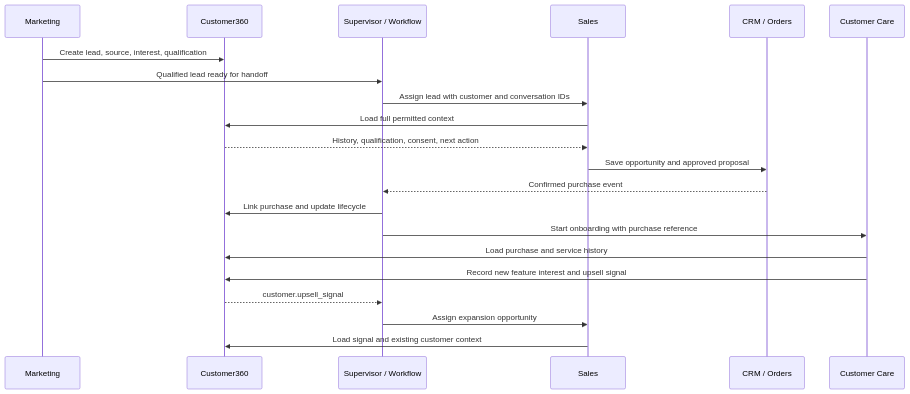
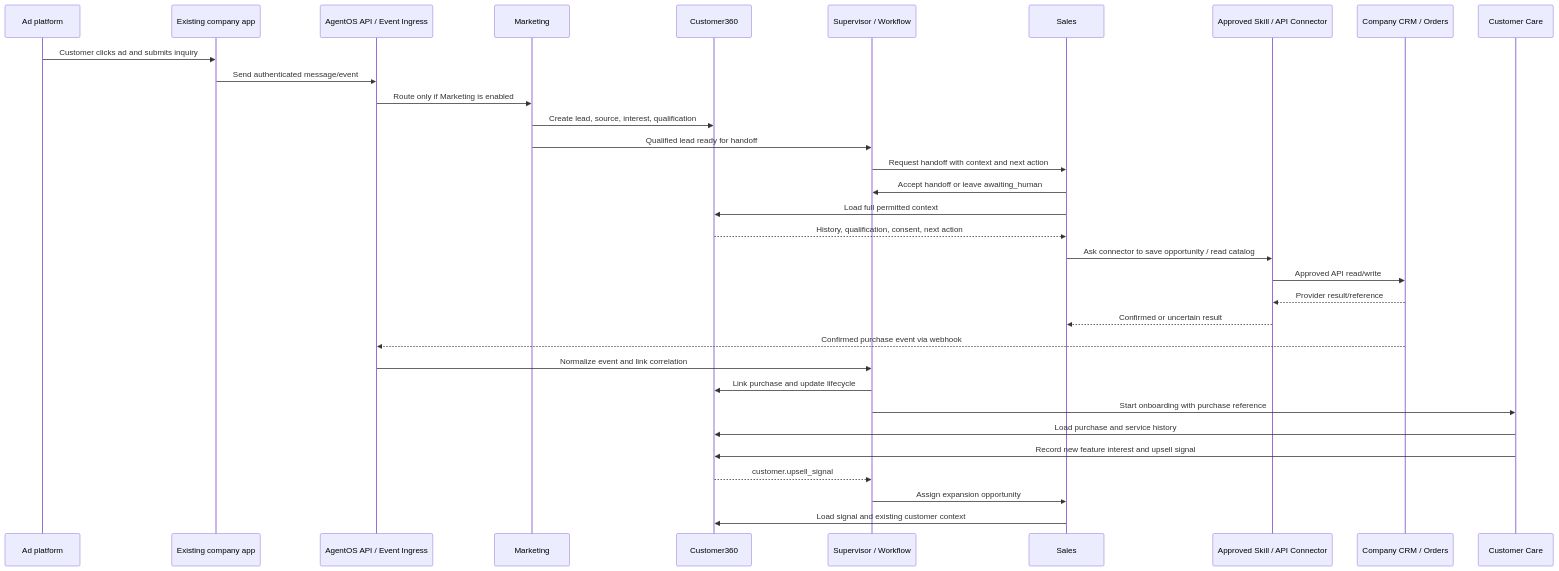
Before and after one commit to phongka79d/agent_solution: the second of 2 diagrams in plans/customer-lifecycle.md, drawn with Mermaid. The commit also changed other lines of this file and 15 other files, not shown here.

First line of the commit message:
Enhance documentation across multiple modules with detailed sales flow, glossary, and API integration updates

````diff
--- a/plans/customer-lifecycle.md
+++ b/plans/customer-lifecycle.md
@@ -65,24 +181,36 @@
 ```mermaid
 sequenceDiagram
+    participant A as Ad platform
+    participant E as Existing company app
+    participant I as AgentOS API / Event Ingress
     participant M as Marketing
     participant D as Customer360
     participant W as Supervisor / Workflow
     participant S as Sales
-    participant B as CRM / Orders
+    participant K as Approved Skill / API Connector
+    participant B as Company CRM / Orders
     participant C as Customer Care
 
+    A->>E: Customer clicks ad and submits inquiry
+    E->>I: Send authenticated message/event
+    I->>M: Route only if Marketing is enabled
     M->>D: Create lead, source, interest, qualification
     M->>W: Qualified lead ready for handoff
-    W->>S: Assign lead with customer and conversation IDs
+    W->>S: Request handoff with context and next action
+    S->>W: Accept handoff or leave awaiting_human
     S->>D: Load full permitted context
     D-->>S: History, qualification, consent, next action
-    S->>B: Save opportunity and approved proposal
-    B-->>W: Confirmed purchase event
+    S->>K: Ask connector to save opportunity / read catalog
+    K->>B: Approved API read/write
+    B-->>K: Provider result/reference
+    K-->>S: Confirmed or uncertain result
+    B-->>I: Confirmed purchase event via webhook
+    I->>W: Normalize event and link correlation
     W->>D: Link purchase and update lifecycle
     W->>C: Start onboarding with purchase reference
     C->>D: Load purchase and service history
     C->>D: Record new feature interest and upsell signal
     D-->>W: customer.upsell_signal
     W->>S: Assign expansion opportunity
     S->>D: Load signal and existing customer context
 ```
````
